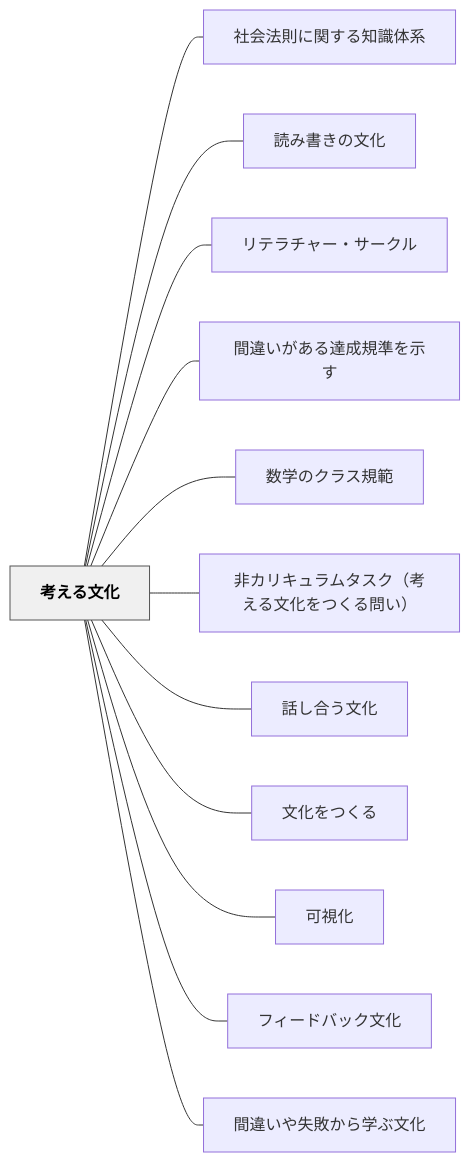
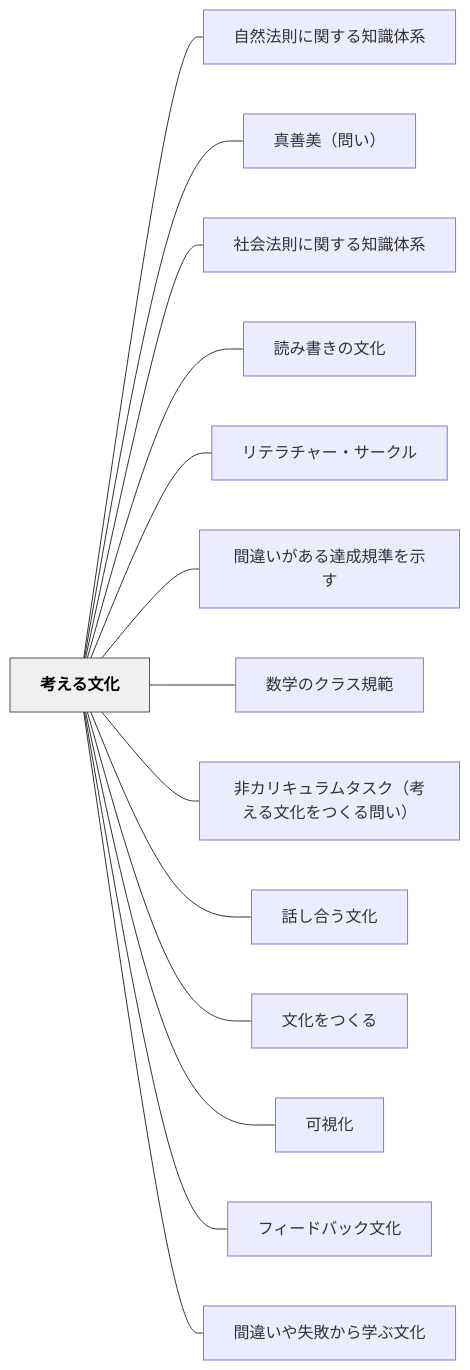
The diagram in content/パタン/考える文化.md (unknownthings-ed-patterns/unknownthings-ed-patterns), drawn with Mermaid before and after one commit. The commit also changed other lines of this file and 71 other files, not shown here.

````diff
--- a/content/パタン/考える文化.md
+++ b/content/パタン/考える文化.md
@@ -87,30 +89,34 @@
 ```mermaid
 flowchart LR
     ne88083e38188e3828be69687e58c96["考える文化"]
+    ne887aae784b6e6b395e58987e381abe996a2e38199e3828be79fa5e8ad98e4bd93e7b3bb["自然法則に関する知識体系"]
+    ne79c9fe59684e7be8eefbc88e5958fe38184efbc89["真善美（問い）"]
     ne7a4bee4bc9ae6b395e58987e381abe996a2e38199e3828be79fa5e8ad98e4bd93e7b3bb["社会法則に関する知識体系"]
     ne8aaade381bfe69bb8e3818de381aee69687e58c96["読み書きの文化"]
     ne383aae38386e383a9e38381e383a3e383bce383bbe382b5e383bce382afe383ab["リテラチャー・サークル"]
     ne99693e98195e38184e3818ce38182e3828be98194e68890e8a68fe6ba96e38292e7a4bae38199["間違いがある達成規準を示す"]
     ne695b0e5ada6e381aee382afe383a9e382b9e8a68fe7af84["数学のクラス規範"]
     ne99d9ee382abe383aae382ade383a5e383a9e383a0e382bfe382b9e382afefbc88e88083e38188e3828be69687e58c96e38292e381a4e3818fe3828be5958fe38184efbc89["非カリキュラムタスク（考える文化をつくる問い）"]
     ne8a9b1e38197e59088e38186e69687e58c96["話し合う文化"]
     ne69687e58c96e38292e381a4e3818fe3828b["文化をつくる"]
     ne58fafe8a696e58c96["可視化"]
     ne38395e382a3e383bce38389e38390e38383e382afe69687e58c96["フィードバック文化"]
     ne99693e98195e38184e38284e5a4b1e69597e3818be38289e5ada6e381b6e69687e58c96["間違いや失敗から学ぶ文化"]
 
+    ne88083e38188e3828be69687e58c96 --- ne887aae784b6e6b395e58987e381abe996a2e38199e3828be79fa5e8ad98e4bd93e7b3bb
+    ne88083e38188e3828be69687e58c96 --- ne79c9fe59684e7be8eefbc88e5958fe38184efbc89
     ne88083e38188e3828be69687e58c96 --- ne7a4bee4bc9ae6b395e58987e381abe996a2e38199e3828be79fa5e8ad98e4bd93e7b3bb
     ne88083e38188e3828be69687e58c96 --- ne8aaade381bfe69bb8e3818de381aee69687e58c96
     ne88083e38188e3828be69687e58c96 --- ne383aae38386e383a9e38381e383a3e383bce383bbe382b5e383bce382afe383ab
     ne88083e38188e3828be69687e58c96 --- ne99693e98195e38184e3818ce38182e3828be98194e68890e8a68fe6ba96e38292e7a4bae38199
     ne88083e38188e3828be69687e58c96 --- ne695b0e5ada6e381aee382afe383a9e382b9e8a68fe7af84
     ne88083e38188e3828be69687e58c96 --- ne99d9ee382abe383aae382ade383a5e383a9e383a0e382bfe382b9e382afefbc88e88083e38188e3828be69687e58c96e38292e381a4e3818fe3828be5958fe38184efbc89
     ne88083e38188e3828be69687e58c96 --- ne8a9b1e38197e59088e38186e69687e58c96
     ne88083e38188e3828be69687e58c96 --- ne69687e58c96e38292e381a4e3818fe3828b
     ne88083e38188e3828be69687e58c96 --- ne58fafe8a696e58c96
     ne88083e38188e3828be69687e58c96 --- ne38395e382a3e383bce38389e38390e38383e382afe69687e58c96
     ne88083e38188e3828be69687e58c96 --- ne99693e98195e38184e38284e5a4b1e69597e3818be38289e5ada6e381b6e69687e58c96
 
     classDef hub fill:#f0f0f0,stroke:#555,color:#000,font-weight:bold
     class ne88083e38188e3828be69687e58c96 hub
 ```
````
